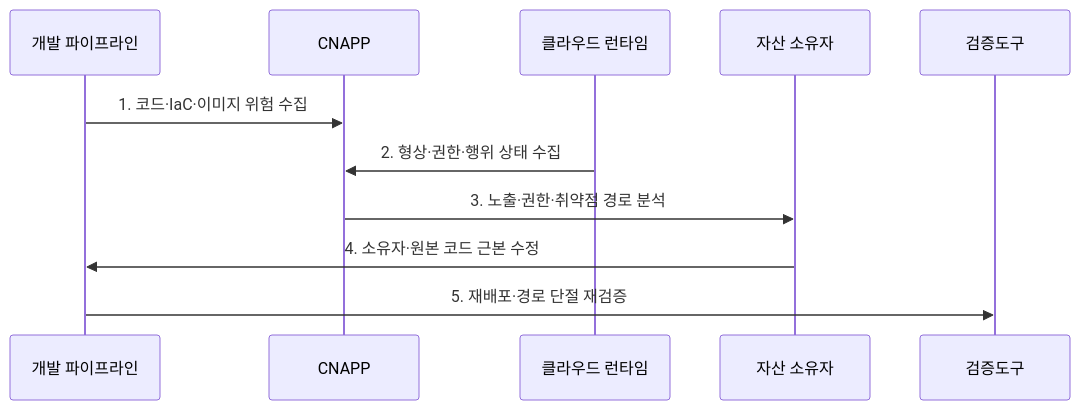
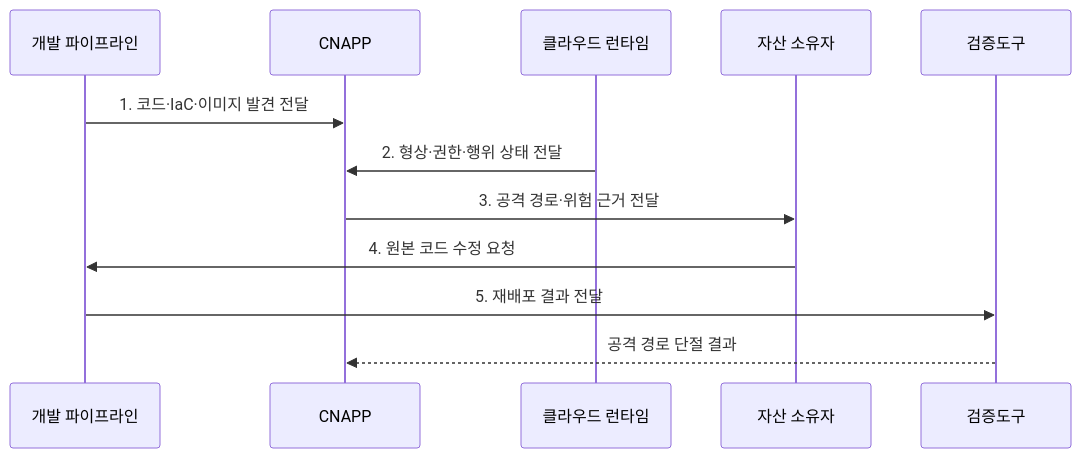
The second of 2 diagrams in src/content/docs/notes/05-security/073_cnapp.md (agnusdei1207/knowledge-base), drawn with Mermaid before and after one commit. The commit also changed other lines of this file and 20 other files, not shown here.

````diff
--- a/src/content/docs/notes/05-security/073_cnapp.md
+++ b/src/content/docs/notes/05-security/073_cnapp.md
@@ -87,13 +93,14 @@
 ```mermaid
 sequenceDiagram
     participant D as 개발 파이프라인
     participant C as CNAPP
     participant R as 클라우드 런타임
     participant O as 자산 소유자
     participant 검증도구
-    D->>C: 1. 코드·IaC·이미지 위험 수집
-    R->>C: 2. 형상·권한·행위 상태 수집
-    C->>O: 3. 노출·권한·취약점 경로 분석
-    O->>D: 4. 소유자·원본 코드 근본 수정
-    D->>검증도구: 5. 재배포·경로 단절 재검증
+    D->>C: 1. 코드·IaC·이미지 발견 전달
+    R->>C: 2. 형상·권한·행위 상태 전달
+    C->>O: 3. 공격 경로·위험 근거 전달
+    O->>D: 4. 원본 코드 수정 요청
+    D->>검증도구: 5. 재배포 결과 전달
+    검증도구-->>C: 공격 경로 단절 결과
 ```
````
